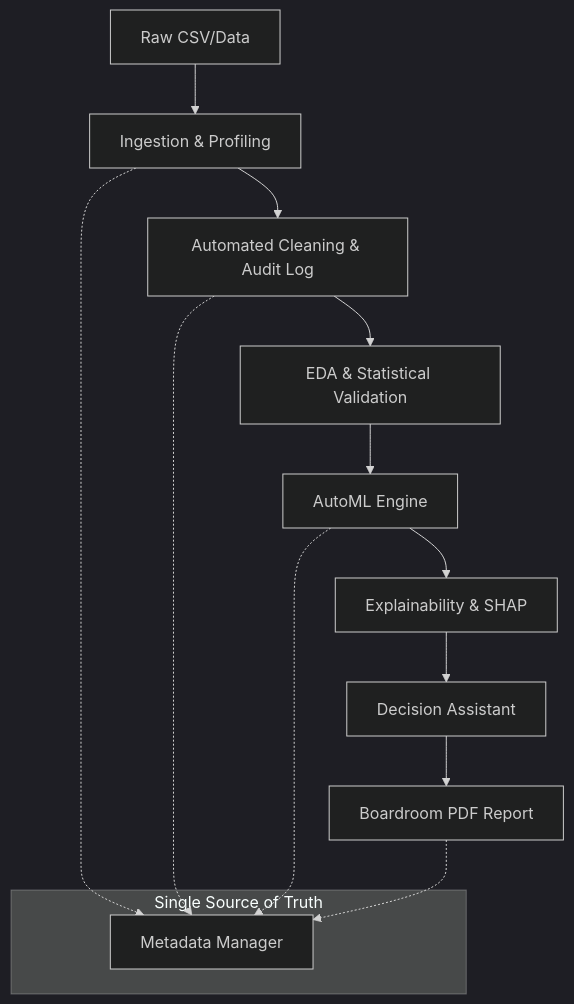
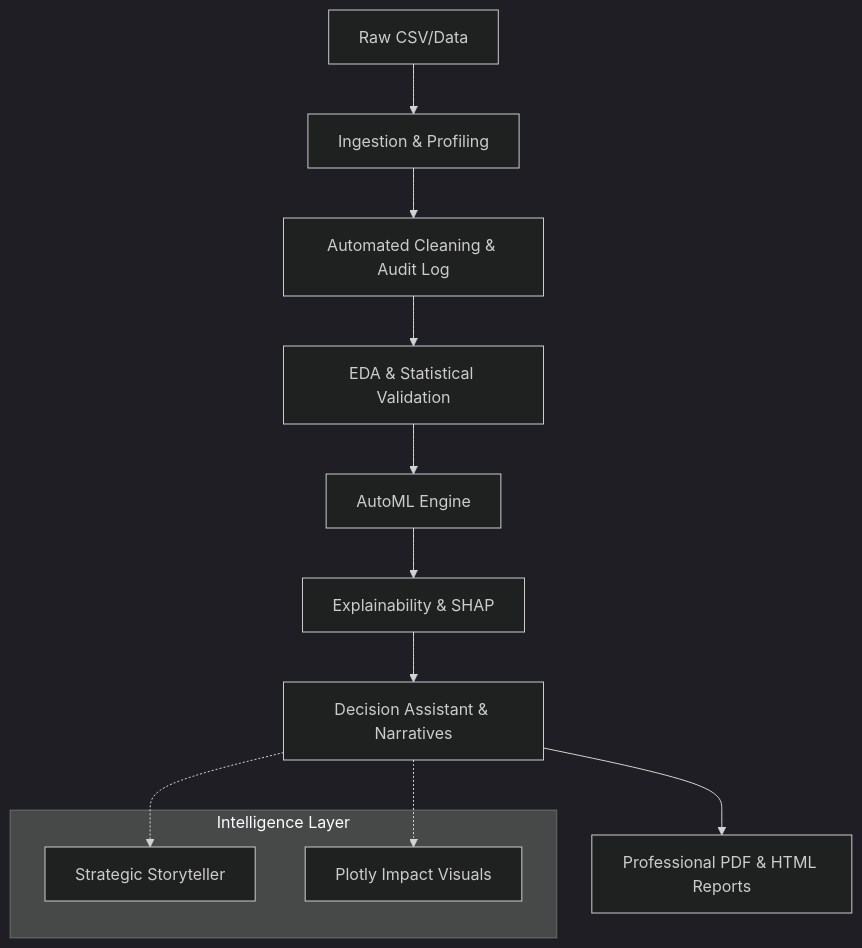
The diagram in README.md (rajveersinghal/ANALYTIX.AI), drawn with Mermaid (dark theme) before and after one commit. The commit also changed other lines of this file and 10068 other files, not shown here.

````diff
--- a/README.md
+++ b/README.md
@@ -38,19 +42,18 @@
 ```mermaid
 graph TD
     Data[Raw CSV/Data] --> Ingest[Ingestion & Profiling]
     Ingest --> Clean[Automated Cleaning & Audit Log]
     Clean --> Insights[EDA & Statistical Validation]
     Insights --> Modeling[AutoML Engine]
     Modeling --> XAI[Explainability & SHAP]
-    XAI --> Strategy[Decision Assistant]
-    Strategy --> Export[Boardroom PDF Report]
+    XAI --> Strategy[Decision Assistant & Narratives]
+    Strategy --> Export[Professional PDF & HTML Reports]
     
-    subgraph "Single Source of Truth"
-        MM[Metadata Manager]
+    subgraph "Intelligence Layer"
+        Narrative[Strategic Storyteller]
+        Charts[Plotly Impact Visuals]
     end
     
-    Ingest -.-> MM
-    Clean -.-> MM
-    Modeling -.-> MM
-    Export -.-> MM
+    Strategy -.-> Narrative
+    Strategy -.-> Charts
 ```
````
